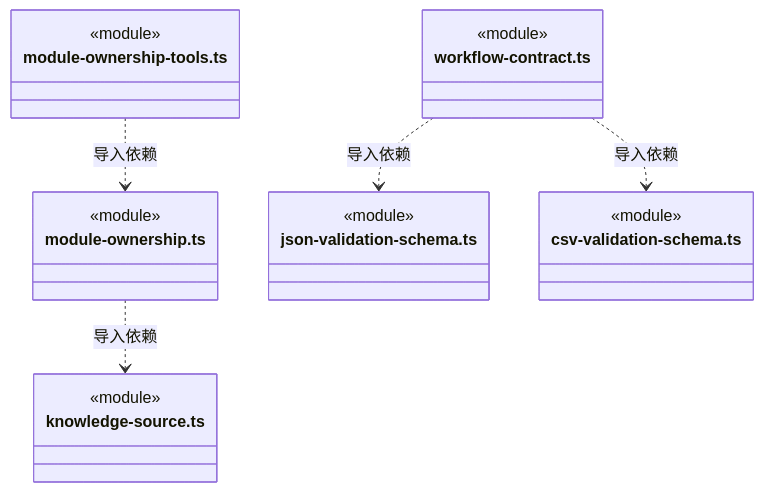
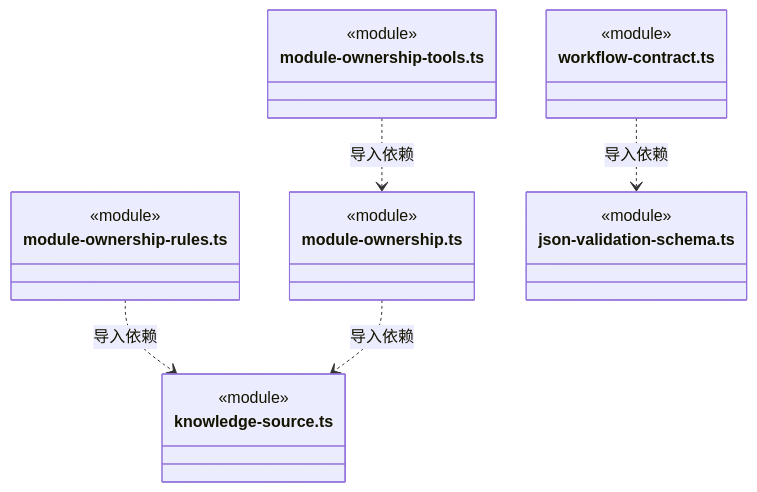
Diagram 36 of 38 in src/backend/core/workspace/ARCHITECTURE.md (nan023062/cbim), drawn with Mermaid before and after one commit. The commit also changed other lines of this file and 45 other files, not shown here.

````diff
--- a/src/backend/core/workspace/ARCHITECTURE.md
+++ b/src/backend/core/workspace/ARCHITECTURE.md
@@ -795,25 +811,25 @@
 ```mermaid
 classDiagram
+class N_src_backend_core_workspace_module_ownership_rules_ts["module-ownership-rules.ts"] {
+  <<module>>
+}
+class N_src_backend_core_workspace_knowledge_source_ts["knowledge-source.ts"] {
+  <<module>>
+}
 class N_src_backend_core_workspace_module_ownership_tools_ts["module-ownership-tools.ts"] {
   <<module>>
 }
 class N_src_backend_core_workspace_module_ownership_ts["module-ownership.ts"] {
-  <<module>>
-}
-class N_src_backend_core_workspace_knowledge_source_ts["knowledge-source.ts"] {
   <<module>>
 }
 class N_src_backend_core_workspace_workflow_contract_ts["workflow-contract.ts"] {
   <<module>>
 }
 class N_src_backend_core_workspace_json_validation_schema_ts["json-validation-schema.ts"] {
   <<module>>
 }
-class N_src_backend_core_workspace_csv_validation_schema_ts["csv-validation-schema.ts"] {
-  <<module>>
-}
+N_src_backend_core_workspace_module_ownership_rules_ts ..> N_src_backend_core_workspace_knowledge_source_ts : 导入依赖
 N_src_backend_core_workspace_module_ownership_tools_ts ..> N_src_backend_core_workspace_module_ownership_ts : 导入依赖
 N_src_backend_core_workspace_module_ownership_ts ..> N_src_backend_core_workspace_knowledge_source_ts : 导入依赖
 N_src_backend_core_workspace_workflow_contract_ts ..> N_src_backend_core_workspace_json_validation_schema_ts : 导入依赖
-N_src_backend_core_workspace_workflow_contract_ts ..> N_src_backend_core_workspace_csv_validation_schema_ts : 导入依赖
 ```
````
